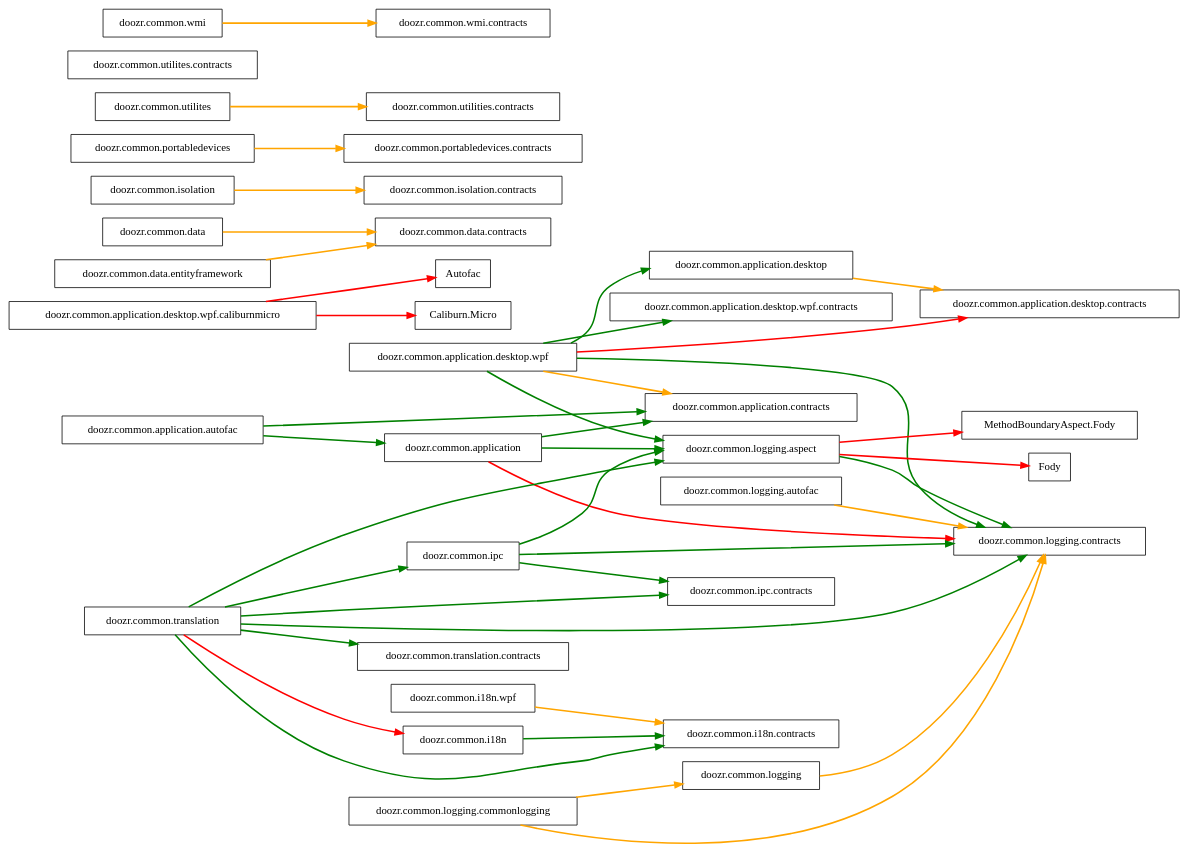
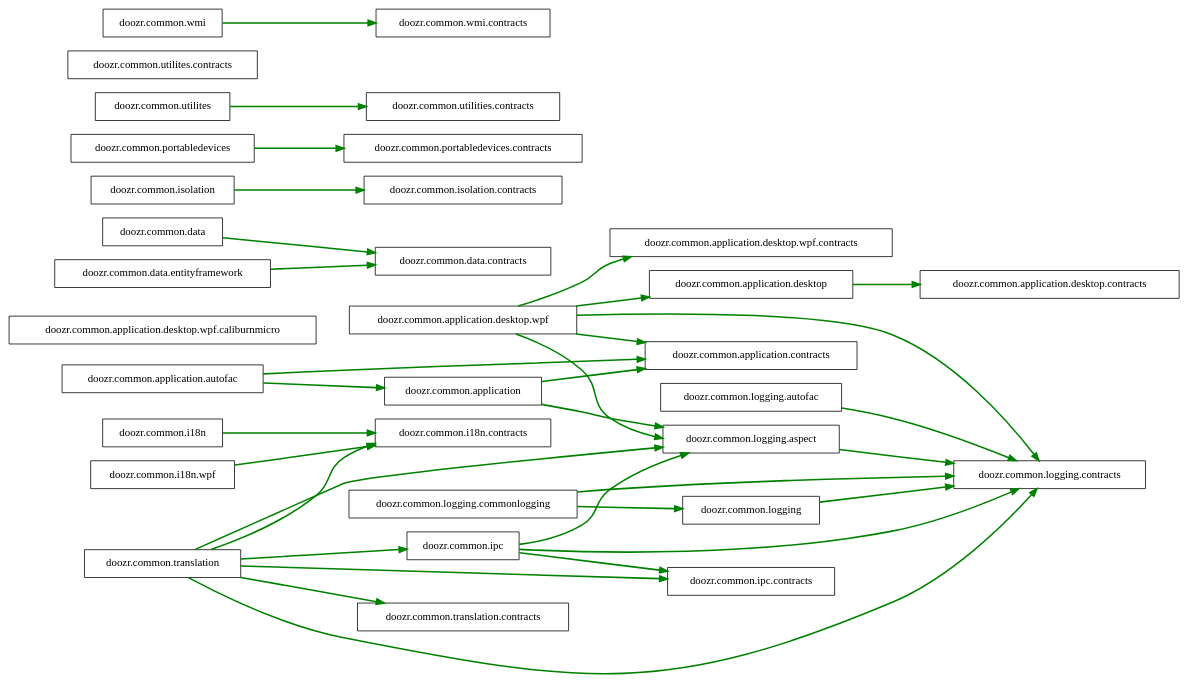
One commit to nsteenbock/Doozr.Common changed the diagram in build/scripts/Dependencies/Dependencies.dot. Above: the diagram before and after it, drawn with Graphviz. The commit also changed 2 other files, not shown here.

```diff
--- a/build/scripts/Dependencies/Dependencies.dot
+++ b/build/scripts/Dependencies/Dependencies.dot
@@ -1,75 +1,68 @@
 digraph G {
    rankdir="LR";
    node [shape=box];
 
    "doozr.common.application"
    "doozr.common.application.autofac"
    "doozr.common.application.contracts"
    "doozr.common.application.desktop"
    "doozr.common.application.desktop.contracts"
    "doozr.common.application.desktop.wpf"
    "doozr.common.application.desktop.wpf.contracts"
    "doozr.common.application.desktop.wpf.caliburnmicro"
    "doozr.common.data"
    "doozr.common.data.contracts"
    "doozr.common.data.entityframework"
    "doozr.common.i18n"
    "doozr.common.i18n.contracts"
    "doozr.common.i18n.wpf"
    "doozr.common.ipc"
    "doozr.common.ipc.contracts"
    "doozr.common.isolation"
    "doozr.common.isolation.contracts"
    "doozr.common.logging"
    "doozr.common.logging.aspect"
    "doozr.common.logging.autofac"
    "doozr.common.logging.commonlogging"
    "doozr.common.logging.contracts"
    "doozr.common.portabledevices"
    "doozr.common.portabledevices.contracts"
    "doozr.common.translation"
    "doozr.common.translation.contracts"
    "doozr.common.utilites"
    "doozr.common.utilites.contracts"
    "doozr.common.wmi"
    "doozr.common.wmi.contracts"
    "doozr.common.application" -> "doozr.common.logging.aspect"[style=bold,color=green];
    "doozr.common.application" -> "doozr.common.application.contracts"[style=bold,color=green];
-   "doozr.common.application" -> "doozr.common.logging.contracts"[style=bold,color=red];
    "doozr.common.application.autofac" -> "doozr.common.application.contracts"[style=bold,color=green];
    "doozr.common.application.autofac" -> "doozr.common.application"[style=bold,color=green];
-   "doozr.common.application.desktop" -> "doozr.common.application.desktop.contracts"[style=bold,color=orange];
+   "doozr.common.application.desktop" -> "doozr.common.application.desktop.contracts"[style=bold,color=green];
+   "doozr.common.application.desktop.wpf" -> "doozr.common.application.contracts"[style=bold,color=green];
    "doozr.common.application.desktop.wpf" -> "doozr.common.application.desktop.wpf.contracts"[style=bold,color=green];
    "doozr.common.application.desktop.wpf" -> "doozr.common.application.desktop"[style=bold,color=green];
    "doozr.common.application.desktop.wpf" -> "doozr.common.logging.contracts"[style=bold,color=green];
    "doozr.common.application.desktop.wpf" -> "doozr.common.logging.aspect"[style=bold,color=green];
-   "doozr.common.application.desktop.wpf" -> "doozr.common.application.desktop.contracts"[style=bold,color=red];
-   "doozr.common.application.desktop.wpf" -> "doozr.common.application.contracts"[style=bold,color=orange];
-   "doozr.common.application.desktop.wpf.caliburnmicro" -> "Autofac"[style=bold,color=red];
-   "doozr.common.application.desktop.wpf.caliburnmicro" -> "Caliburn.Micro"[style=bold,color=red];
-   "doozr.common.data" -> "doozr.common.data.contracts"[style=bold,color=orange];
-   "doozr.common.data.entityframework" -> "doozr.common.data.contracts"[style=bold,color=orange];
+   "doozr.common.data" -> "doozr.common.data.contracts"[style=bold,color=green];
+   "doozr.common.data.entityframework" -> "doozr.common.data.contracts"[style=bold,color=green];
    "doozr.common.i18n" -> "doozr.common.i18n.contracts"[style=bold,color=green];
-   "doozr.common.i18n.wpf" -> "doozr.common.i18n.contracts"[style=bold,color=orange];
+   "doozr.common.i18n.wpf" -> "doozr.common.i18n.contracts"[style=bold,color=green];
    "doozr.common.ipc" -> "doozr.common.logging.contracts"[style=bold,color=green];
    "doozr.common.ipc" -> "doozr.common.logging.aspect"[style=bold,color=green];
    "doozr.common.ipc" -> "doozr.common.ipc.contracts"[style=bold,color=green];
-   "doozr.common.isolation" -> "doozr.common.isolation.contracts"[style=bold,color=orange];
-   "doozr.common.logging" -> "doozr.common.logging.contracts"[style=bold,color=orange];
+   "doozr.common.isolation" -> "doozr.common.isolation.contracts"[style=bold,color=green];
+   "doozr.common.logging" -> "doozr.common.logging.contracts"[style=bold,color=green];
    "doozr.common.logging.aspect" -> "doozr.common.logging.contracts"[style=bold,color=green];
-   "doozr.common.logging.aspect" -> "Fody"[style=bold,color=red];
-   "doozr.common.logging.aspect" -> "MethodBoundaryAspect.Fody"[style=bold,color=red];
-   "doozr.common.logging.autofac" -> "doozr.common.logging.contracts"[style=bold,color=orange];
-   "doozr.common.logging.commonlogging" -> "doozr.common.logging.contracts"[style=bold,color=orange];
-   "doozr.common.logging.commonlogging" -> "doozr.common.logging"[style=bold,color=orange];
-   "doozr.common.portabledevices" -> "doozr.common.portabledevices.contracts"[style=bold,color=orange];
+   "doozr.common.logging.autofac" -> "doozr.common.logging.contracts"[style=bold,color=green];
+   "doozr.common.logging.commonlogging" -> "doozr.common.logging"[style=bold,color=green];
+   "doozr.common.logging.commonlogging" -> "doozr.common.logging.contracts"[style=bold,color=green];
+   "doozr.common.portabledevices" -> "doozr.common.portabledevices.contracts"[style=bold,color=green];
    "doozr.common.translation" -> "doozr.common.translation.contracts"[style=bold,color=green];
    "doozr.common.translation" -> "doozr.common.i18n.contracts"[style=bold,color=green];
    "doozr.common.translation" -> "doozr.common.ipc.contracts"[style=bold,color=green];
    "doozr.common.translation" -> "doozr.common.ipc"[style=bold,color=green];
    "doozr.common.translation" -> "doozr.common.logging.aspect"[style=bold,color=green];
    "doozr.common.translation" -> "doozr.common.logging.contracts"[style=bold,color=green];
-   "doozr.common.translation" -> "doozr.common.i18n"[style=bold,color=red];
-   "doozr.common.utilites" -> "doozr.common.utilities.contracts"[style=bold,color=orange];
-   "doozr.common.wmi" -> "doozr.common.wmi.contracts"[style=bold,color=orange];
+   "doozr.common.utilites" -> "doozr.common.utilities.contracts"[style=bold,color=green];
+   "doozr.common.wmi" -> "doozr.common.wmi.contracts"[style=bold,color=green];
 }
```
